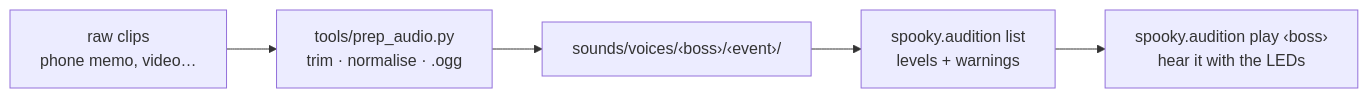
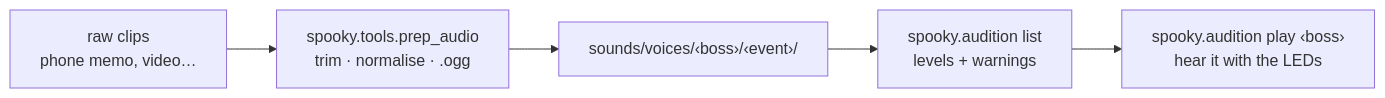
Before and after one commit to mxmrsn/spooky-pi: the diagram in docs/diagrams/recording.mmd, drawn with Mermaid. The commit also changed 103 other files, not shown here.

```diff
--- a/docs/diagrams/recording.mmd
+++ b/docs/diagrams/recording.mmd
@@ -1,5 +1,5 @@
 flowchart LR
-    R["raw clips<br/>phone memo, video…"] --> P["tools/prep_audio.py<br/>trim · normalise · .ogg"]
+    R["raw clips<br/>phone memo, video…"] --> P["spooky.tools.prep_audio<br/>trim · normalise · .ogg"]
     P --> F["sounds/voices/‹boss›/‹event›/"]
     F --> L["spooky.audition list<br/>levels + warnings"]
     L --> A["spooky.audition play ‹boss›<br/>hear it with the LEDs"]
```
